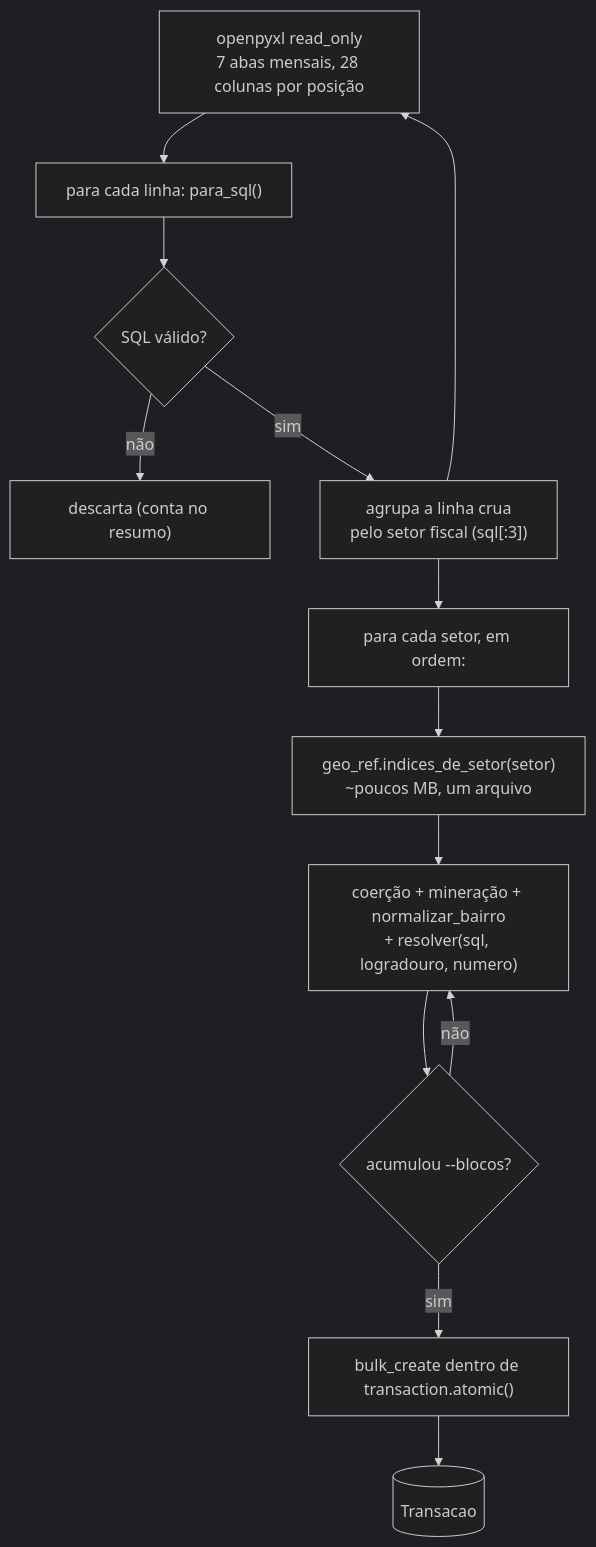
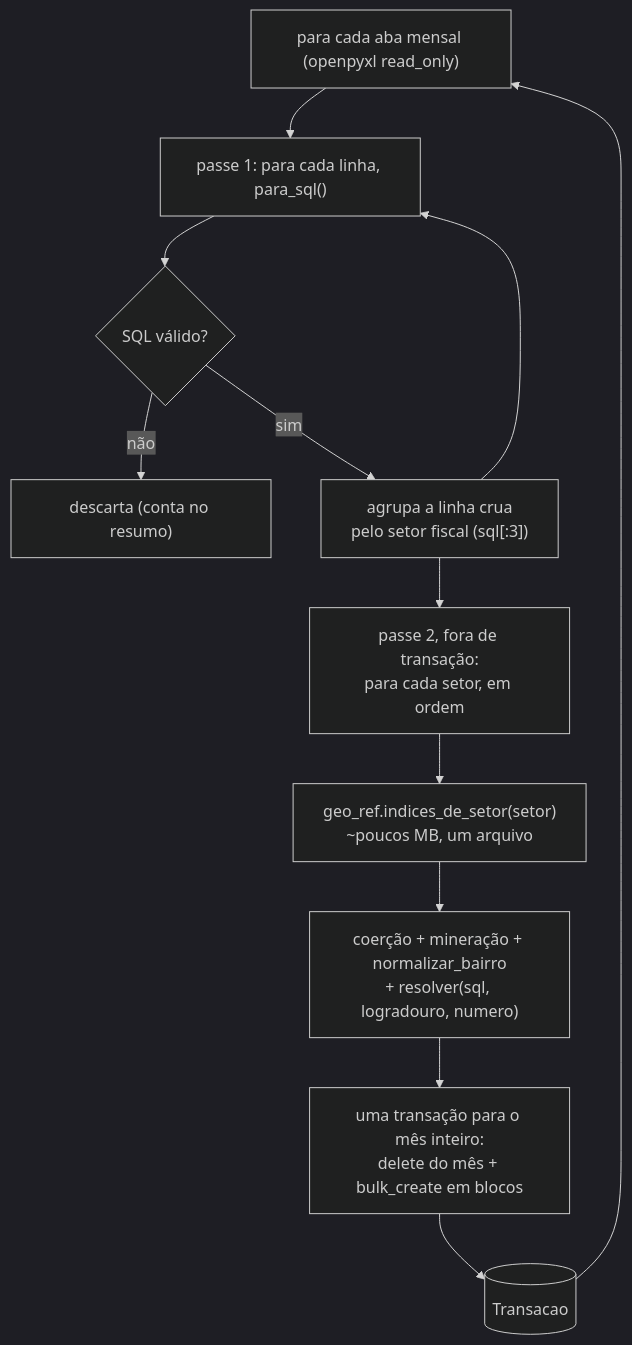
Before and after one commit to patrick-univesp/projeto-integrador-2-radarmoradiasp: the first of 2 diagrams in docs/carga-itbi.md, drawn with Mermaid (dark theme). The commit also changed other lines of this file and 2 other files, not shown here.

````diff
--- a/docs/carga-itbi.md
+++ b/docs/carga-itbi.md
@@ -18,15 +21,14 @@
 ```mermaid
 flowchart TD
-    A["openpyxl read_only<br/>7 abas mensais, 28 colunas por posição"] --> B["para cada linha: para_sql()"]
+    A["para cada aba mensal (openpyxl read_only)"] --> B["passe 1: para cada linha, para_sql()"]
     B --> C{"SQL válido?"}
     C -- não --> X["descarta (conta no resumo)"]
     C -- sim --> D["agrupa a linha crua<br/>pelo setor fiscal (sql[:3])"]
-    D --> A
-    D --> E["para cada setor, em ordem:"]
+    D --> B
+    D --> E["passe 2, fora de transação:<br/>para cada setor, em ordem"]
     E --> F["geo_ref.indices_de_setor(setor)<br/>~poucos MB, um arquivo"]
     F --> G["coerção + mineração + normalizar_bairro<br/>+ resolver(sql, logradouro, numero)"]
-    G --> H{"acumulou --blocos?"}
-    H -- sim --> I["bulk_create dentro de transaction.atomic()"]
-    H -- não --> G
-    I --> J[("Transacao")]
+    G --> H["uma transação para o mês inteiro:<br/>delete do mês + bulk_create em blocos"]
+    H --> J[("Transacao")]
+    J --> A
 ```
````
